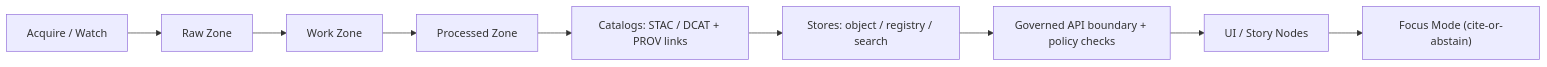
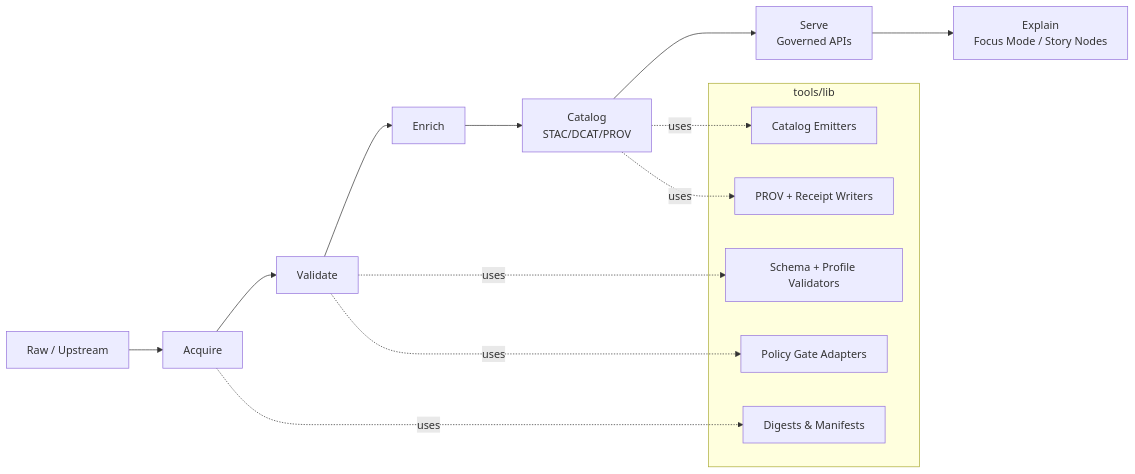
One commit to bartytime4life/Kansas-Frontier-Matrix changed the diagram in tools/lib/README.md. Above: the diagram before and after it, drawn with Mermaid. The commit also changed other lines of this file, not shown here.

````diff
--- a/tools/lib/README.md
+++ b/tools/lib/README.md
@@ -117,11 +102,23 @@
 ```mermaid
 flowchart LR
-  A["Acquire / Watch"] --> B["Raw Zone"]
-  B --> C["Work Zone"]
-  C --> D["Processed Zone"]
-  D --> E["Catalogs: STAC / DCAT + PROV links"]
-  E --> F["Stores: object / registry / search"]
-  F --> G["Governed API boundary + policy checks"]
-  G --> H["UI / Story Nodes"]
-  H --> I["Focus Mode (cite-or-abstain)"]
+  A[Raw / Upstream] --> B[Acquire]
+  B --> C[Validate]
+  C --> D[Enrich]
+  D --> E[Catalog<br/>STAC/DCAT/PROV]
+  E --> F[Serve<br/>Governed APIs]
+  F --> G[Explain<br/>Focus Mode / Story Nodes]
+
+  subgraph TL["tools/lib"]
+    L1[Digests & Manifests]
+    L2[Schema + Profile Validators]
+    L3[Catalog Emitters]
+    L4[Policy Gate Adapters]
+    L5[PROV + Receipt Writers]
+  end
+
+  B -. uses .-> L1
+  C -. uses .-> L2
+  E -. uses .-> L3
+  C -. uses .-> L4
+  E -. uses .-> L5
 ```
````
